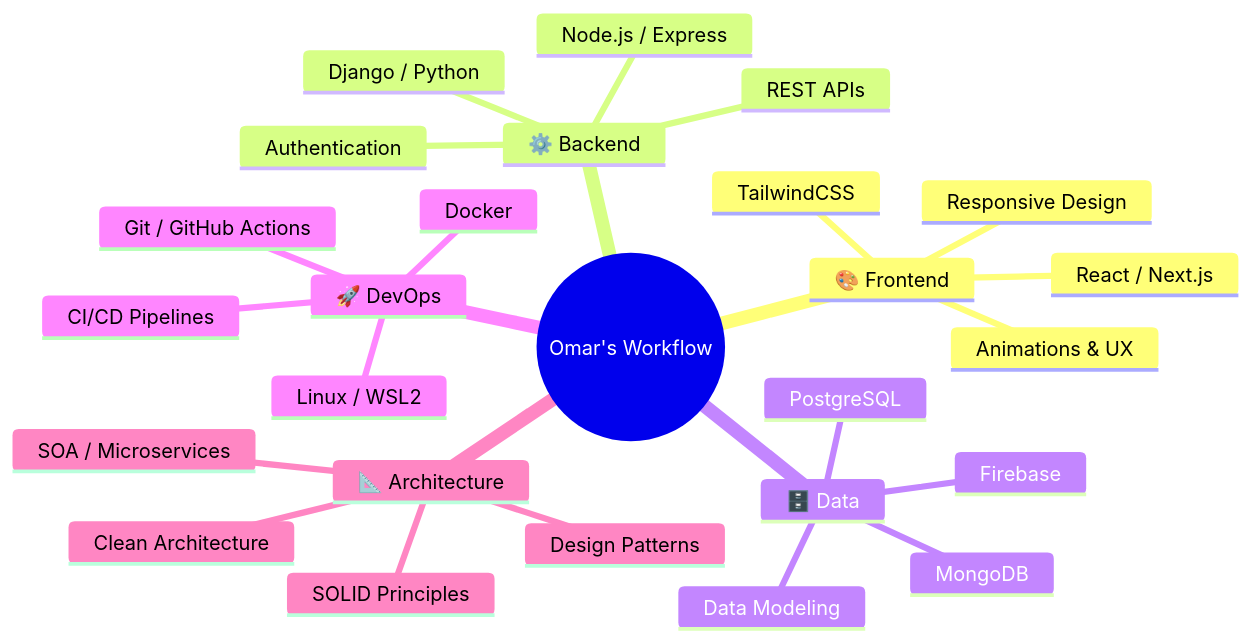
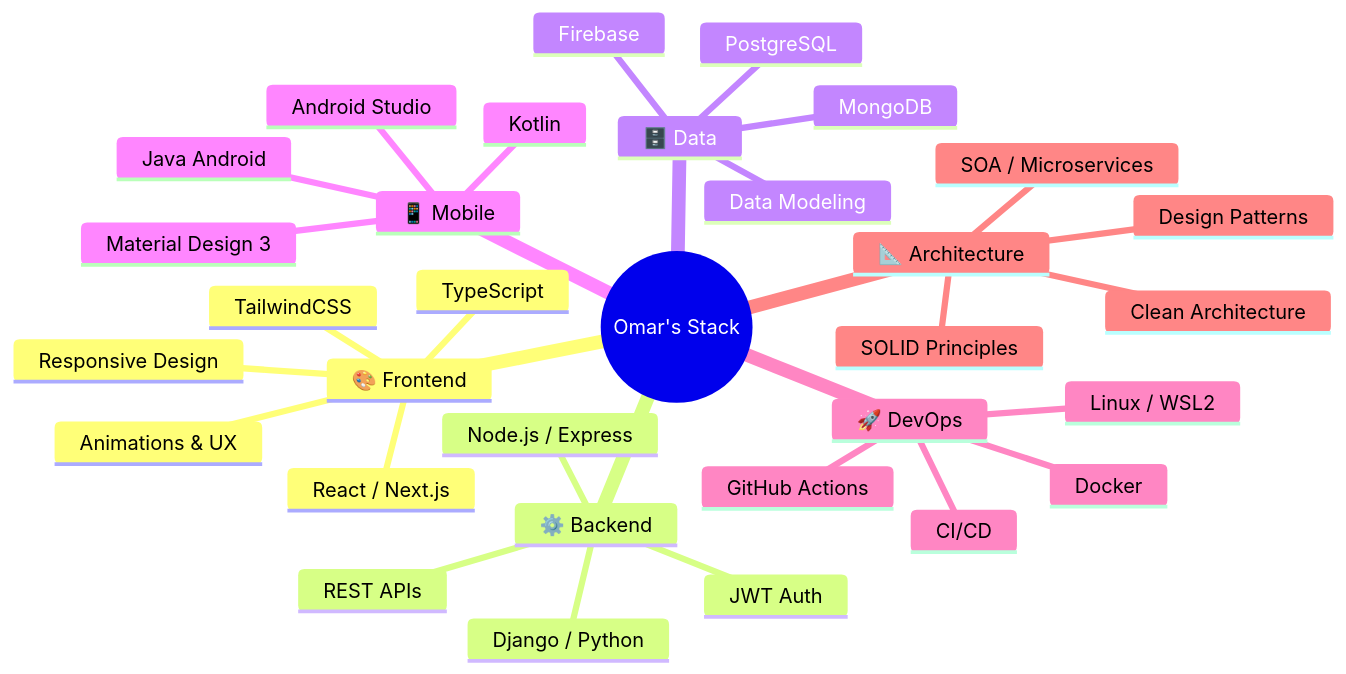
Before and after one commit to omarhernandezrey/omarhernandezrey: the diagram in README.md, drawn with Mermaid. The commit also changed other lines of this file, not shown here.

````diff
--- a/README.md
+++ b/README.md
@@ -241,29 +320,35 @@
 ```mermaid
 mindmap
-  root((Omar's Workflow))
+  root((Omar's Stack))
     🎨 Frontend
       React / Next.js
+      TypeScript
       TailwindCSS
       Responsive Design
       Animations & UX
     ⚙️ Backend
       Node.js / Express
       Django / Python
       REST APIs
-      Authentication
+      JWT Auth
     🗄️ Data
       PostgreSQL
       MongoDB
       Firebase
       Data Modeling
+    📱 Mobile
+      Kotlin
+      Java Android
+      Android Studio
+      Material Design 3
     🚀 DevOps
       Docker
-      Git / GitHub Actions
+      GitHub Actions
       Linux / WSL2
-      CI/CD Pipelines
+      CI/CD
     📐 Architecture
+      SOLID Principles
       Design Patterns
       SOA / Microservices
       Clean Architecture
-      SOLID Principles
 ```
````
